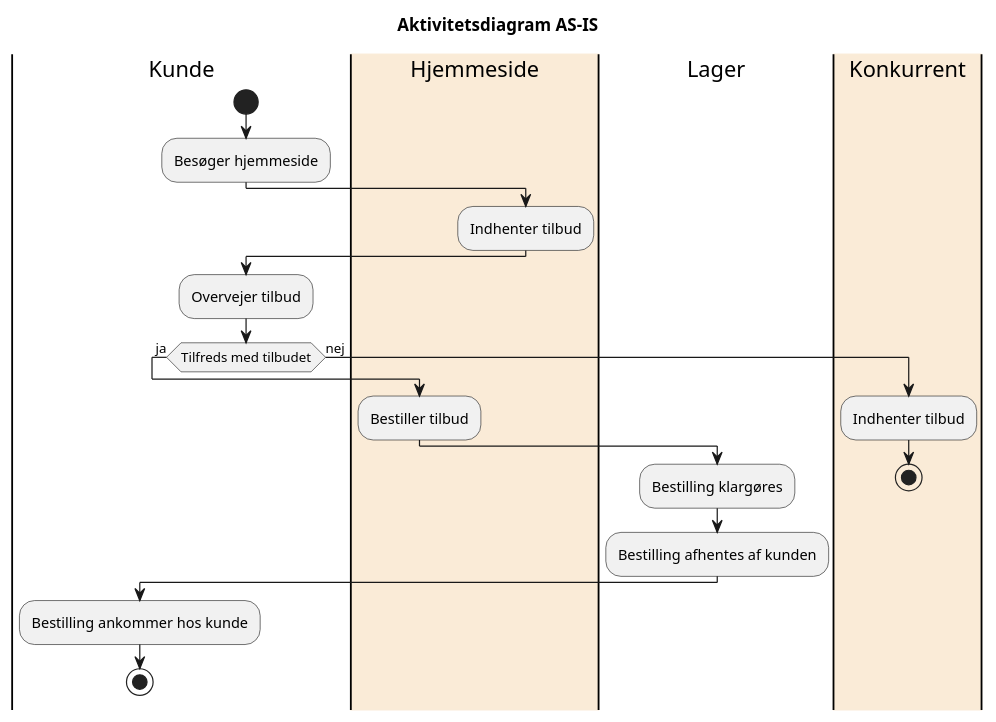
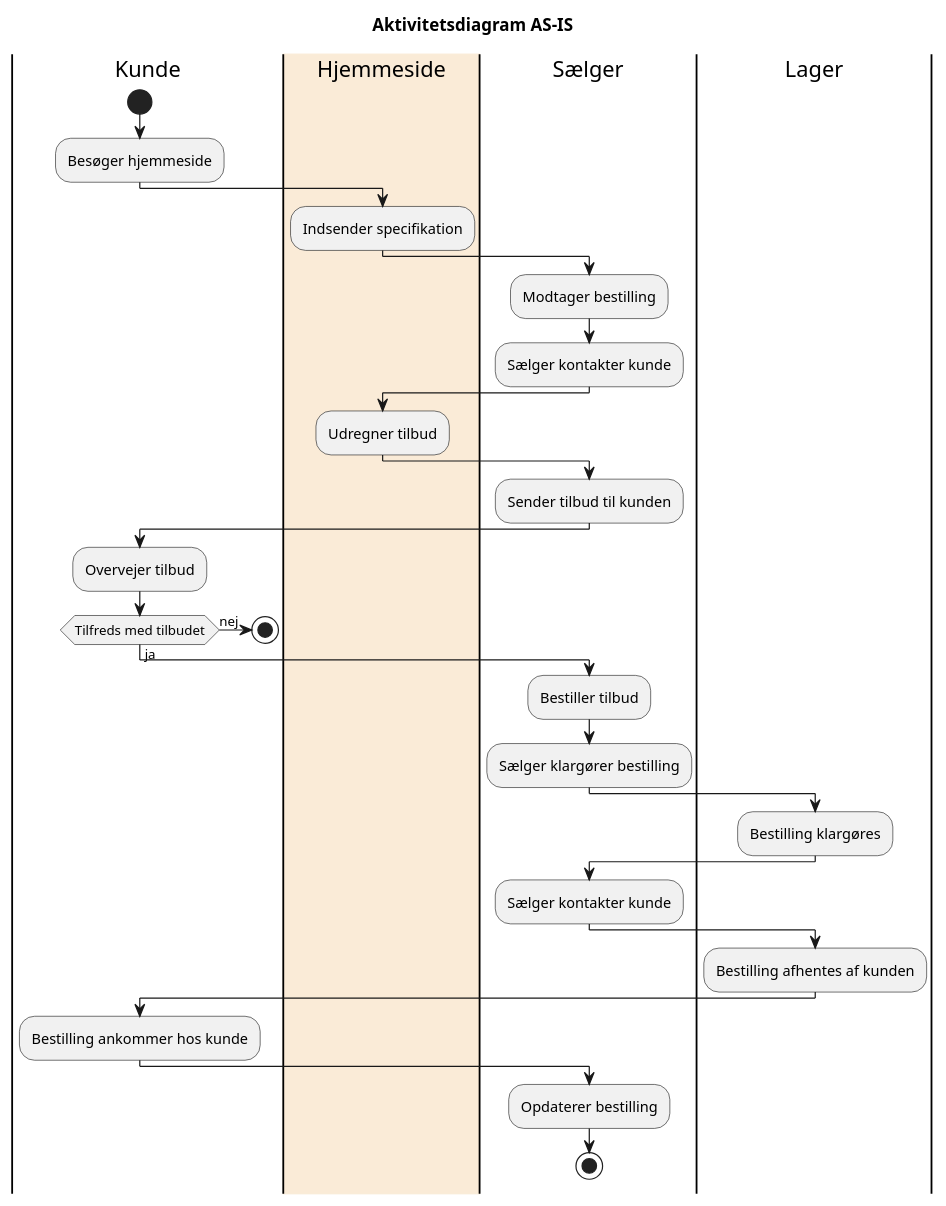
One commit to codergram/Fog changed the diagram in src/main/UML/CupCake_Activity_AS-IS.puml. Above: the diagram before and after it, drawn with PlantUML. The commit also changed 2 other files, not shown here.

```diff
--- a/src/main/UML/CupCake_Activity_AS-IS.puml
+++ b/src/main/UML/CupCake_Activity_AS-IS.puml
@@ -1,31 +1,50 @@
 @startuml
 Title Aktivitetsdiagram AS-IS
+
 
 |Kunde|
 start
 :Besøger hjemmeside;
 
 |#AntiqueWhite|Hjemmeside|
-:Indhenter tilbud;
+:Indsender specifikation;
+
+|Sælger|
+:Modtager bestilling;
+:Sælger kontakter kunde;
+
+|#AntiqueWhite|Hjemmeside|
+:Udregner tilbud;
+
+|Sælger|
+:Sender tilbud til kunden;
 
 |Kunde|
 :Overvejer tilbud;
-    if (Tilfreds med tilbudet) equals (ja) then
-    |#AntiqueWhite|Hjemmeside|
+    if (Tilfreds med tilbudet) equals (nej) then
+    stop
+
+    else (ja)
+    |Sælger|
     :Bestiller tilbud;
+    :Sælger klargører bestilling;
 
     |Lager|
     :Bestilling klargøres;
+
+    |Sælger|
+    :Sælger kontakter kunde;
+
+    |Lager|
     :Bestilling afhentes af kunden;
 
     |Kunde|
     :Bestilling ankommer hos kunde;
-    stop
 
-    else (nej)
-    |#AntiqueWhite|Konkurrent|
-    :Indhenter tilbud;
+    |Sælger|
+    :Opdaterer bestilling;
     stop
 
 
+
 @enduml
```
